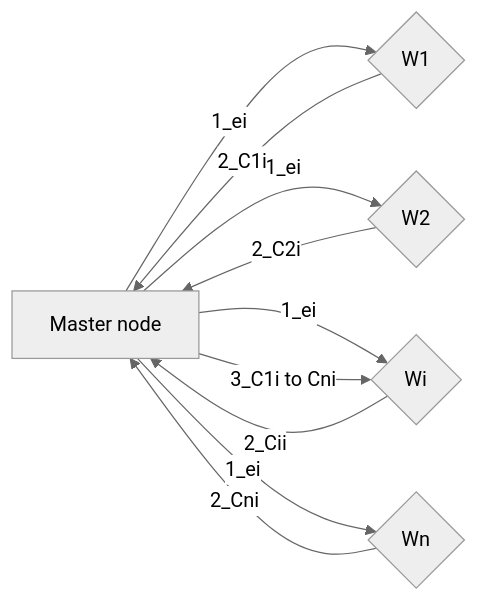
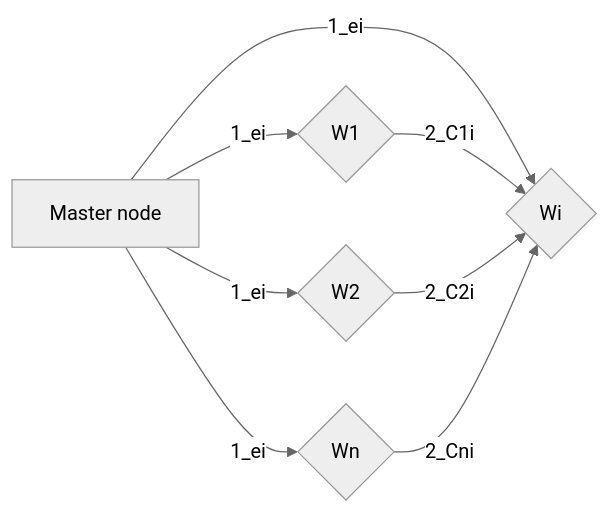
Before and after one commit to mmsellam/332project: the second of 2 diagrams in Design.md, drawn with Mermaid (neutral theme). The commit also changed other lines of this file and 2 other files, not shown here.

Commit message:
Done mid time presentation and quick fixes to design for the worker exchange

````diff
--- a/Design.md
+++ b/Design.md
@@ -51,12 +51,10 @@
 ```mermaid
 graph LR
     M[Master node] -- 1_ei --> A{W1}
     M[Master node] -- 1_ei --> B{W2}
     M[Master node] -- 1_ei --> C{Wi}
     M[Master node] -- 1_ei --> D{Wn}
-    A -- 2_C1i --> M
-    B -- 2_C2i --> M
-    C -- 2_Cii --> M
-    D -- 2_Cni --> M
-    M -- "3_C1i to Cni" --> C
+    A -- 2_C1i --> C
+    B -- 2_C2i --> C
+    D -- 2_Cni --> C
 ```
````
